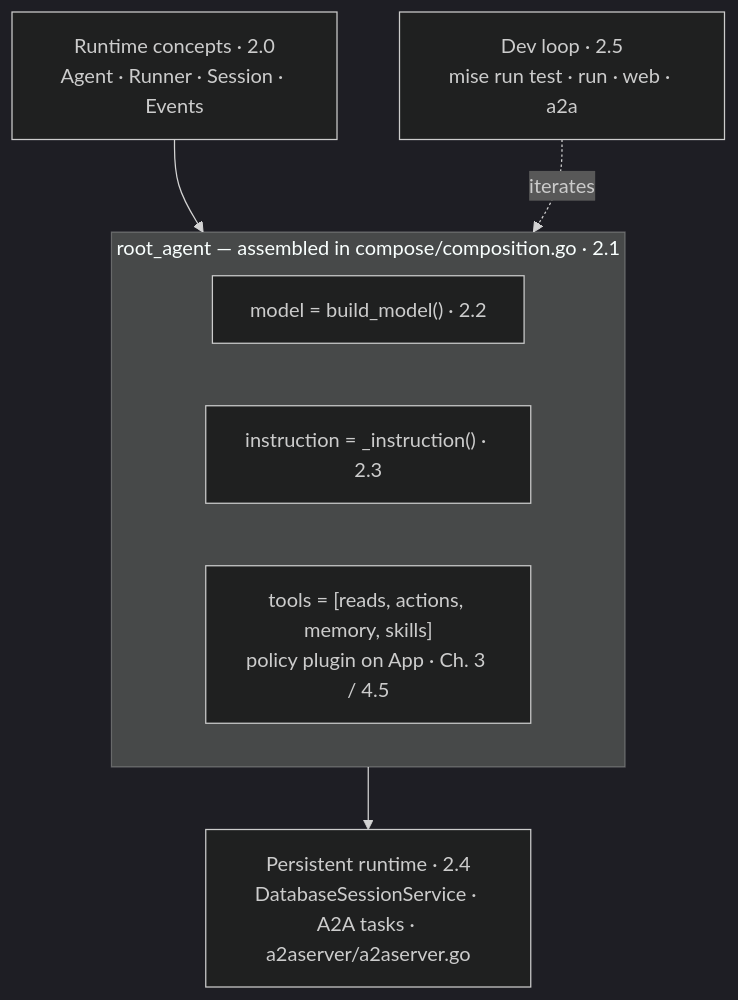
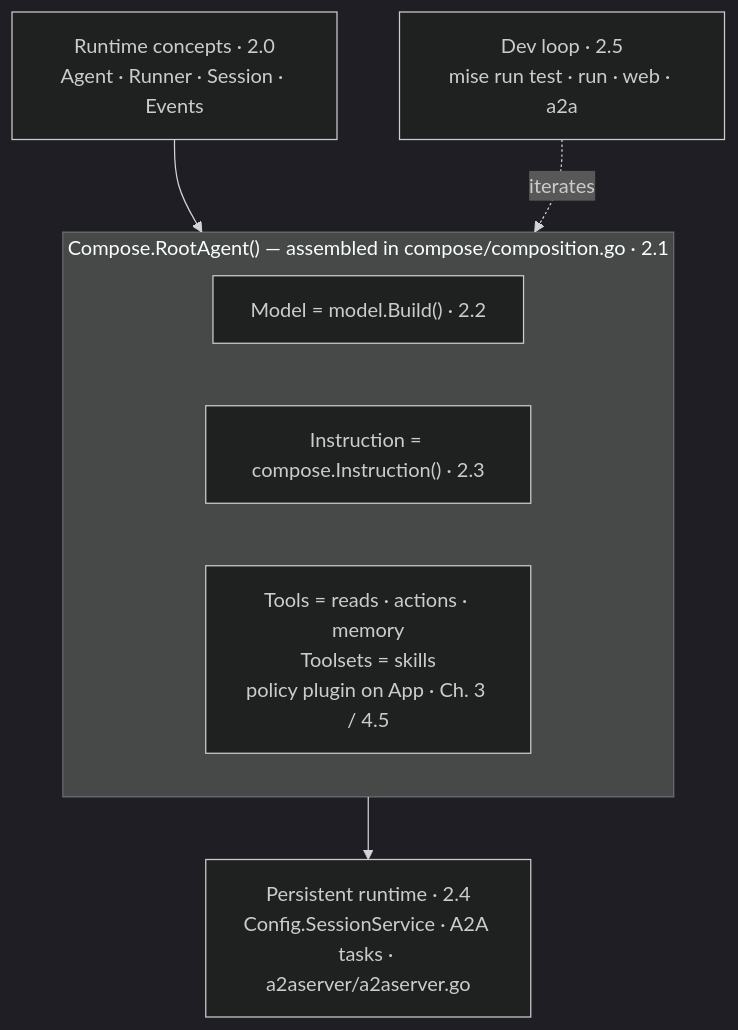
One commit to LuiGGi629/agentops-open-course changed the diagram in content/2. Agents/_index.md. Above: the diagram before and after it, drawn with Mermaid (dark theme). The commit also changed other lines of this file and 16 other files, not shown here.

````diff
--- a/content/2. Agents/_index.md
+++ b/content/2. Agents/_index.md
@@ -57,14 +57,14 @@
 ```mermaid
 flowchart TD
     concepts["Runtime concepts · 2.0<br/>Agent · Runner · Session · Events"]
-    subgraph agent["root_agent — assembled in compose/composition.go · 2.1"]
-        model["model = build_model() · 2.2"]
-        instr["instruction = _instruction() · 2.3"]
-        tools["tools = [reads, actions, memory, skills]<br/>policy plugin on App · Ch. 3 / 4.5"]
+    subgraph agent["Compose.RootAgent() — assembled in compose/composition.go · 2.1"]
+        model["Model = model.Build() · 2.2"]
+        instr["Instruction = compose.Instruction() · 2.3"]
+        tools["Tools = reads · actions · memory<br/>Toolsets = skills<br/>policy plugin on App · Ch. 3 / 4.5"]
     end
-    runtime["Persistent runtime · 2.4<br/>DatabaseSessionService · A2A tasks · a2aserver/a2aserver.go"]
+    runtime["Persistent runtime · 2.4<br/>Config.SessionService · A2A tasks · a2aserver/a2aserver.go"]
     loop["Dev loop · 2.5<br/>mise run test · run · web · a2a"]
     concepts --> agent
     agent --> runtime
     loop -. iterates .-> agent
 ```
````
